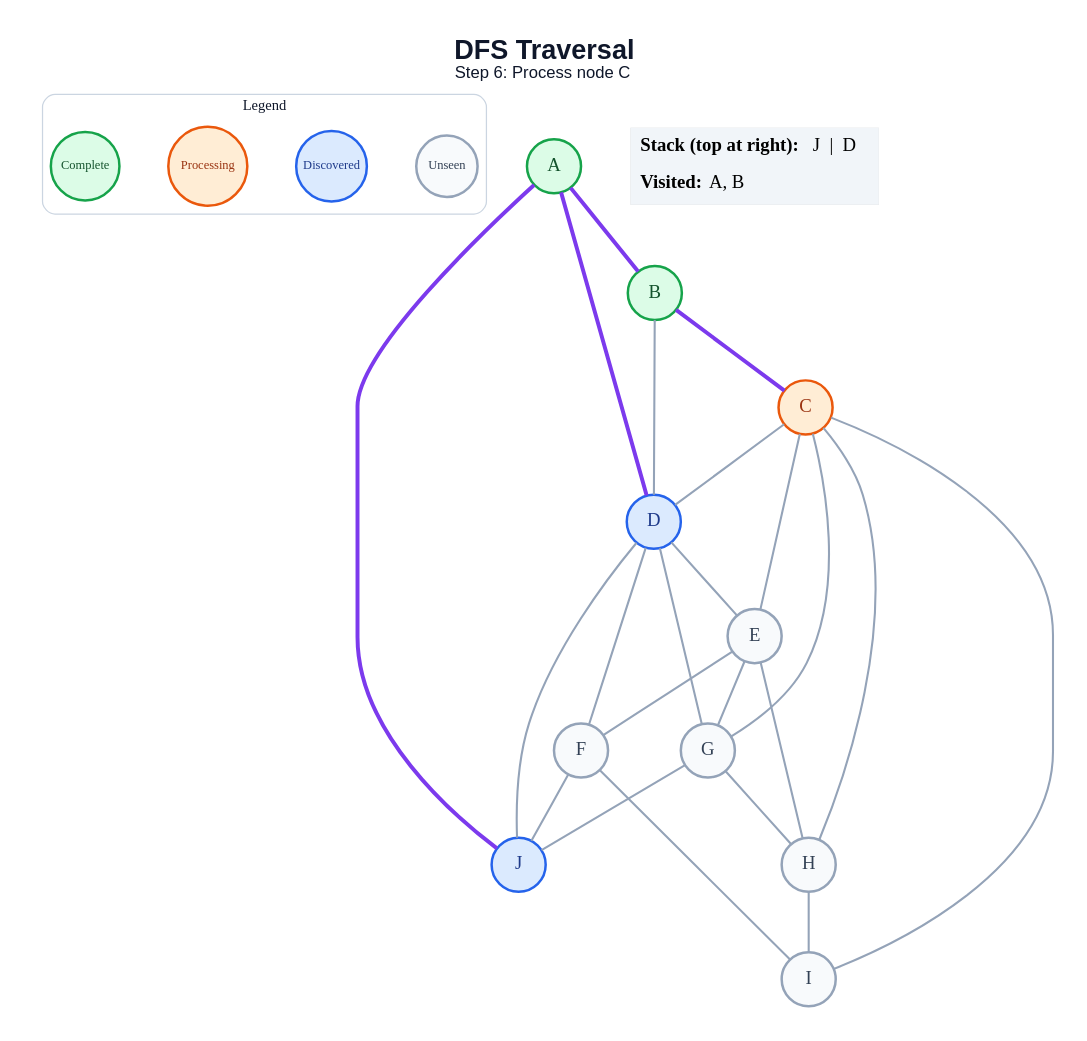
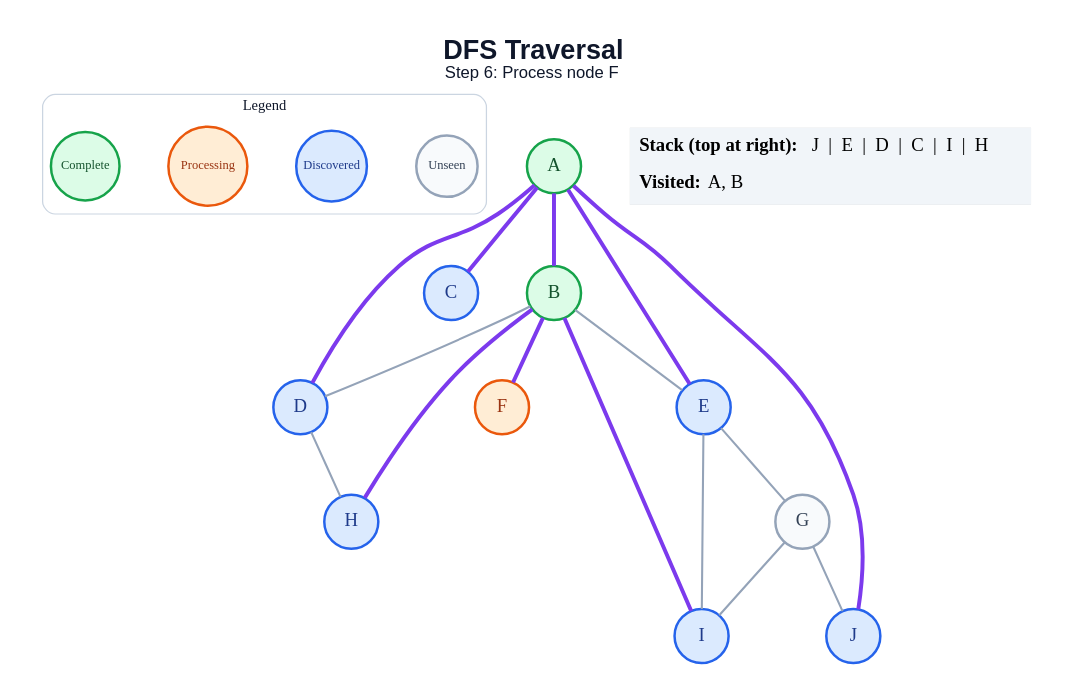
Before and after one commit to anon7238593-create/ai-slop: the diagram in generated/dfs/step_06.dot, drawn with Graphviz. The commit also changed 171 other files, not shown here.

```diff
--- a/generated/dfs/step_06.dot
+++ b/generated/dfs/step_06.dot
@@ -1,51 +1,44 @@
 graph traversal {
   graph [layout=dot, rankdir=TB, bgcolor="#FFFFFF", pad="0.35", nodesep="0.65", ranksep="0.8", fontname="Arial"];
   node [shape=circle, style="filled", fontname="Arial Bold", fontsize=18, width=0.72, fixedsize=true, penwidth=2.4];
   edge [color="#94A3B8", penwidth=2.0];
-  label=<<B>DFS Traversal</B><BR/><FONT POINT-SIZE="16">Step 6: Process node C</FONT>>; labelloc="t"; fontsize=26; fontname="Arial"; fontcolor="#0F172A";
+  label=<<B>DFS Traversal</B><BR/><FONT POINT-SIZE="16">Step 6: Process node F</FONT>>; labelloc="t"; fontsize=26; fontname="Arial"; fontcolor="#0F172A";
   subgraph cluster_legend { label="Legend"; color="#CBD5E1"; penwidth=1.2; style="rounded"; fontsize=14; fontname="Arial Bold";
     key_unseen [label="Unseen", fillcolor="#F8FAFC", color="#94A3B8", fontcolor="#334155", fontsize=12, width=0.82];
     key_frontier [label="Discovered", fillcolor="#DBEAFE", color="#2563EB", fontcolor="#1E3A8A", fontsize=12, width=0.95];
     key_current [label="Processing", fillcolor="#FFEDD5", color="#EA580C", fontcolor="#9A3412", fontsize=12, width=1.05];
     key_done [label="Complete", fillcolor="#DCFCE7", color="#16A34A", fontcolor="#14532D", fontsize=12, width=0.92];
     { rank=same; key_unseen; key_frontier; key_current; key_done; }
   }
   A [fillcolor="#DCFCE7", color="#16A34A", fontcolor="#14532D"];
   B [fillcolor="#DCFCE7", color="#16A34A", fontcolor="#14532D"];
-  C [fillcolor="#FFEDD5", color="#EA580C", fontcolor="#9A3412"];
+  C [fillcolor="#DBEAFE", color="#2563EB", fontcolor="#1E3A8A"];
   D [fillcolor="#DBEAFE", color="#2563EB", fontcolor="#1E3A8A"];
-  E [fillcolor="#F8FAFC", color="#94A3B8", fontcolor="#334155"];
-  F [fillcolor="#F8FAFC", color="#94A3B8", fontcolor="#334155"];
+  E [fillcolor="#DBEAFE", color="#2563EB", fontcolor="#1E3A8A"];
+  F [fillcolor="#FFEDD5", color="#EA580C", fontcolor="#9A3412"];
   G [fillcolor="#F8FAFC", color="#94A3B8", fontcolor="#334155"];
-  H [fillcolor="#F8FAFC", color="#94A3B8", fontcolor="#334155"];
-  I [fillcolor="#F8FAFC", color="#94A3B8", fontcolor="#334155"];
+  H [fillcolor="#DBEAFE", color="#2563EB", fontcolor="#1E3A8A"];
+  I [fillcolor="#DBEAFE", color="#2563EB", fontcolor="#1E3A8A"];
   J [fillcolor="#DBEAFE", color="#2563EB", fontcolor="#1E3A8A"];
   A -- B [color="#7C3AED", penwidth=3.8];
+  A -- C [color="#7C3AED", penwidth=3.8];
   A -- D [color="#7C3AED", penwidth=3.8];
+  A -- E [color="#7C3AED", penwidth=3.8];
   A -- J [color="#7C3AED", penwidth=3.8];
-  B -- C [color="#7C3AED", penwidth=3.8];
   B -- D;
-  C -- D;
-  C -- E;
-  C -- G;
-  C -- H;
-  C -- I;
-  D -- E;
-  D -- F;
-  D -- G;
-  D -- J;
-  E -- F;
+  B -- E;
+  B -- F [color="#7C3AED", penwidth=3.8];
+  B -- H [color="#7C3AED", penwidth=3.8];
+  B -- I [color="#7C3AED", penwidth=3.8];
+  D -- H;
   E -- G;
-  E -- H;
-  F -- I;
-  F -- J;
-  G -- H;
+  E -- I;
+  G -- I;
   G -- J;
-  H -- I;
   status [shape=plain, fixedsize=false, width=0, height=0, margin=0, label=<
     <TABLE BORDER="0" CELLBORDER="0" CELLPADDING="7" BGCOLOR="#F1F5F9">
-      <TR><TD ALIGN="LEFT"><B>Stack (top at right):</B> J  |  D</TD></TR>
+      <TR><TD ALIGN="LEFT"><B>Stack (top at right):</B> J  |  E  |  D  |  C  |  I  |  H</TD></TR>
       <TR><TD ALIGN="LEFT"><B>Visited:</B> A, B</TD></TR>
     </TABLE>
   >];
 }
```
